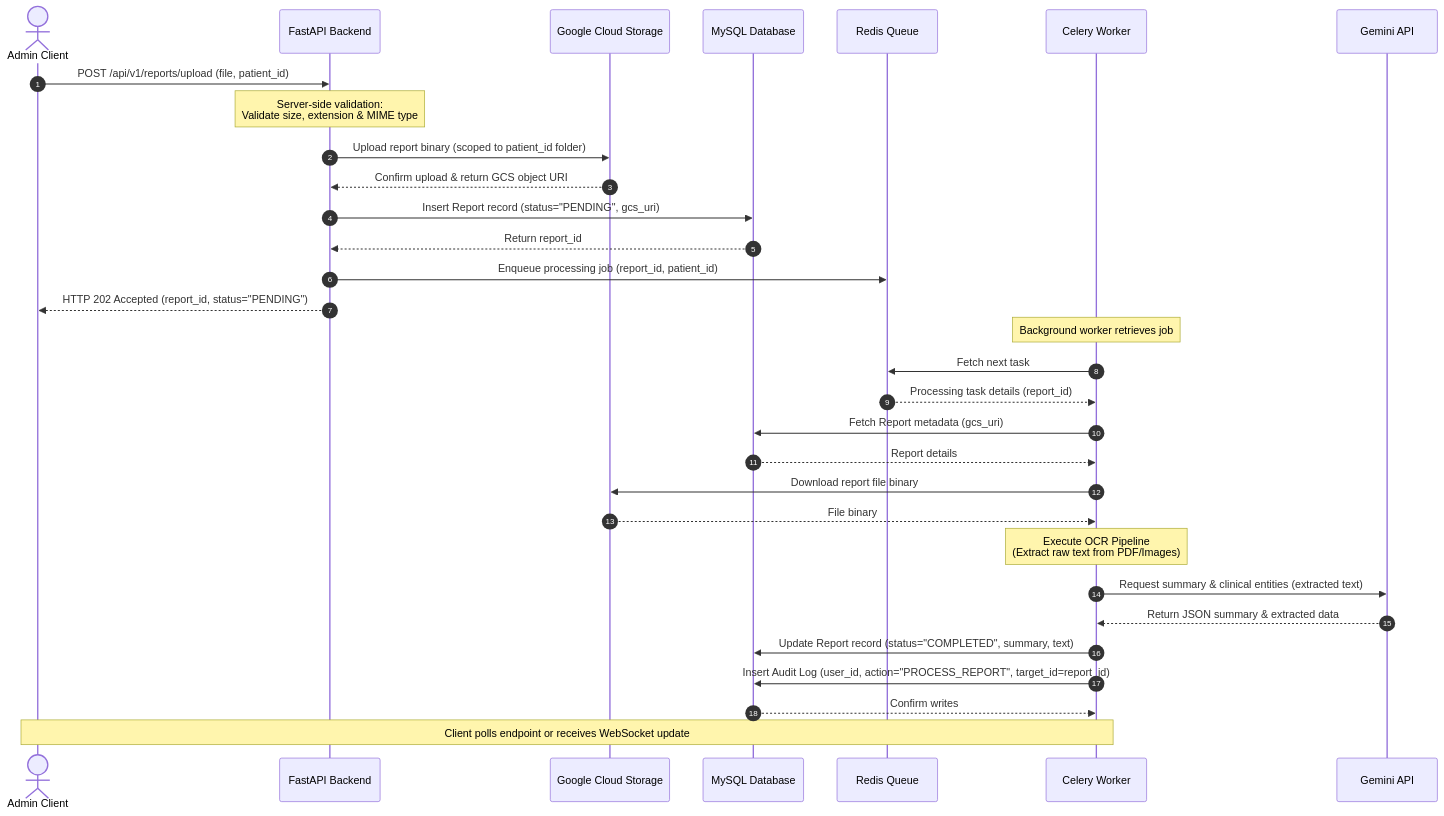
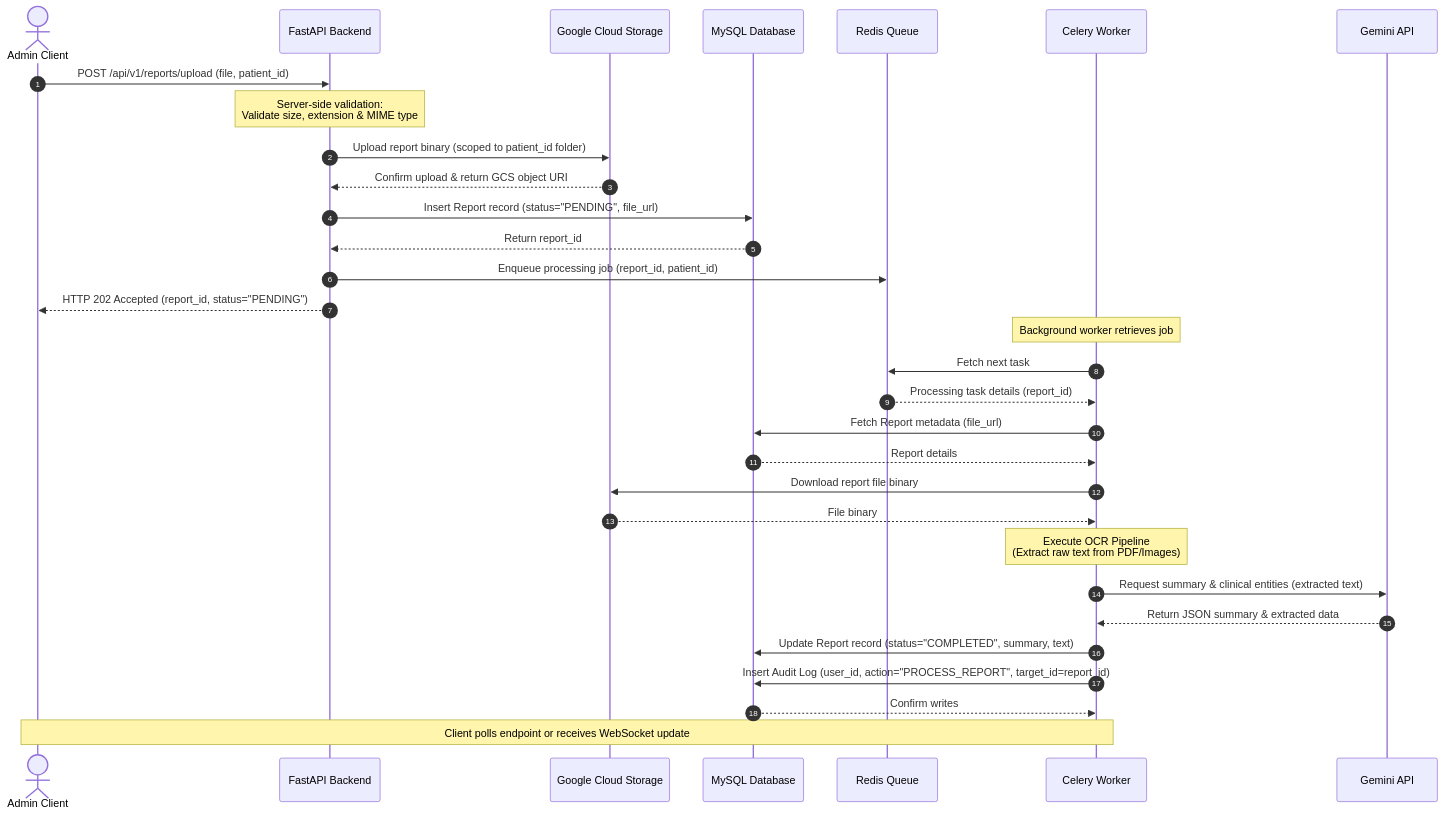
One commit to prawar-hash/Cancer-Institute-Management changed the third of 3 diagrams in docs/architecture.md. Above: the diagram before and after it, drawn with Mermaid. The commit also changed 15 other files, not shown here.

````diff
--- a/docs/architecture.md
+++ b/docs/architecture.md
@@ -102,39 +102,39 @@
 ```mermaid
 sequenceDiagram
     autonumber
     actor Admin as Admin Client
     participant API as FastAPI Backend
     participant GCS as Google Cloud Storage
     participant DB as MySQL Database
     participant Redis as Redis Queue
     participant Worker as Celery Worker
     participant Gemini as Gemini API
 
     Admin->>API: POST /api/v1/reports/upload (file, patient_id)
     Note over API: Server-side validation:<br/>Validate size, extension & MIME type
     API->>GCS: Upload report binary (scoped to patient_id folder)
     GCS-->>API: Confirm upload & return GCS object URI
-    API->>DB: Insert Report record (status="PENDING", gcs_uri)
+    API->>DB: Insert Report record (status="PENDING", file_url)
     DB-->>API: Return report_id
     API->>Redis: Enqueue processing job (report_id, patient_id)
     API-->>Admin: HTTP 202 Accepted (report_id, status="PENDING")
     
     Note over Worker: Background worker retrieves job
     Worker->>Redis: Fetch next task
     Redis-->>Worker: Processing task details (report_id)
-    Worker->>DB: Fetch Report metadata (gcs_uri)
+    Worker->>DB: Fetch Report metadata (file_url)
     DB-->>Worker: Report details
     Worker->>GCS: Download report file binary
     GCS-->>Worker: File binary
     
     Note over Worker: Execute OCR Pipeline<br/>(Extract raw text from PDF/Images)
     
     Worker->>Gemini: Request summary & clinical entities (extracted text)
     Gemini-->>Worker: Return JSON summary & extracted data
     
     Worker->>DB: Update Report record (status="COMPLETED", summary, text)
     Worker->>DB: Insert Audit Log (user_id, action="PROCESS_REPORT", target_id=report_id)
     DB-->>Worker: Confirm writes
     
     Note over Worker, Admin: Client polls endpoint or receives WebSocket update
 ```
````
